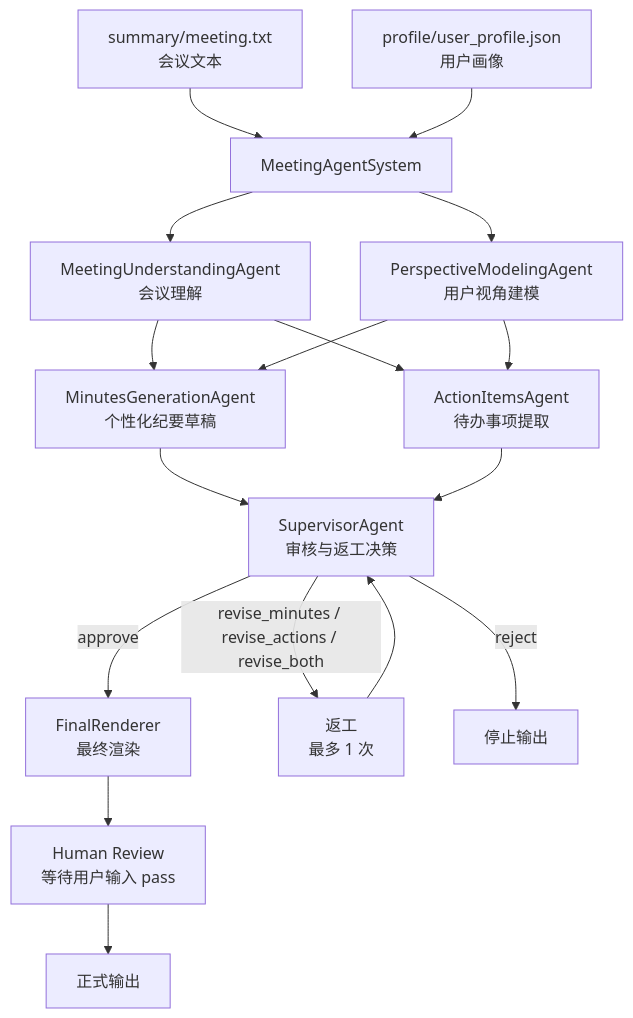
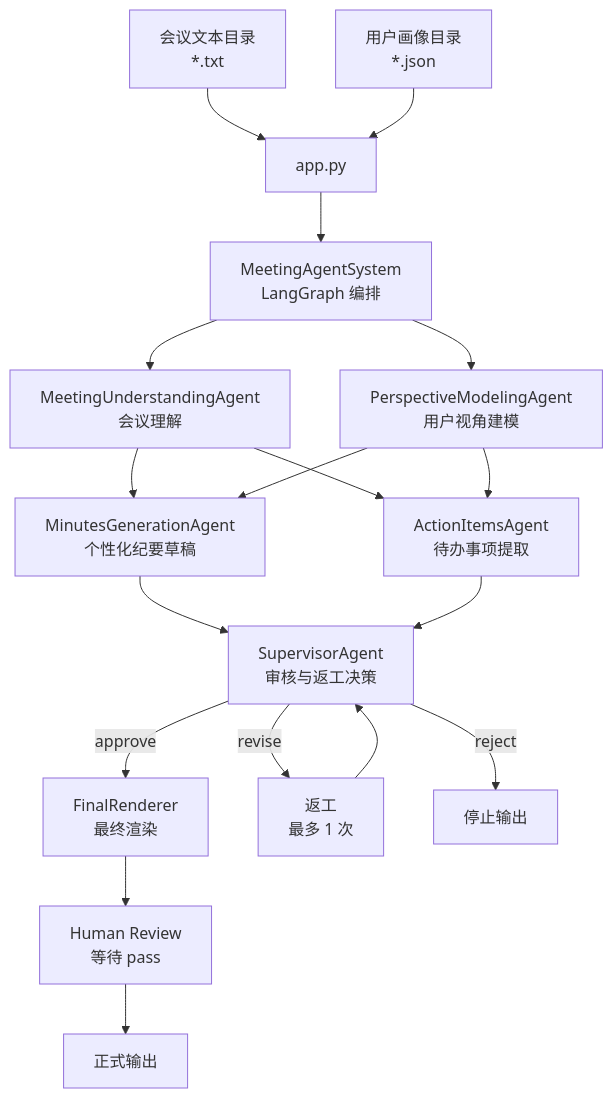
The diagram in README.md (ohhhhh-hyf/AgentFlow), drawn with Mermaid before and after one commit. The commit also changed other lines of this file and 2 other files, not shown here.

````diff
--- a/README.md
+++ b/README.md
@@ -108,24 +157,26 @@
 ```mermaid
 flowchart TD
-    A["summary/meeting.txt<br/>会议文本"] --> B["MeetingAgentSystem"]
-    U["profile/user_profile.json<br/>用户画像"] --> B
+    A["会议文本目录<br/>*.txt"] --> B["app.py"]
+    U["用户画像目录<br/>*.json"] --> B
 
-    B --> C1["MeetingUnderstandingAgent<br/>会议理解"]
-    B --> C2["PerspectiveModelingAgent<br/>用户视角建模"]
+    B --> G["MeetingAgentSystem<br/>LangGraph 编排"]
+
+    G --> C1["MeetingUnderstandingAgent<br/>会议理解"]
+    G --> C2["PerspectiveModelingAgent<br/>用户视角建模"]
 
     C1 --> D1["MinutesGenerationAgent<br/>个性化纪要草稿"]
     C2 --> D1
     C1 --> D2["ActionItemsAgent<br/>待办事项提取"]
     C2 --> D2
 
     D1 --> E["SupervisorAgent<br/>审核与返工决策"]
     D2 --> E
 
     E -->|approve| F["FinalRenderer<br/>最终渲染"]
-    E -->|revise_minutes / revise_actions / revise_both| R["返工<br/>最多 1 次"]
+    E -->|revise| R["返工<br/>最多 1 次"]
     R --> E
     E -->|reject| X["停止输出"]
 
-    F --> H["Human Review<br/>等待用户输入 pass"]
+    F --> H["Human Review<br/>等待 pass"]
     H --> I["正式输出"]
 ```
````
